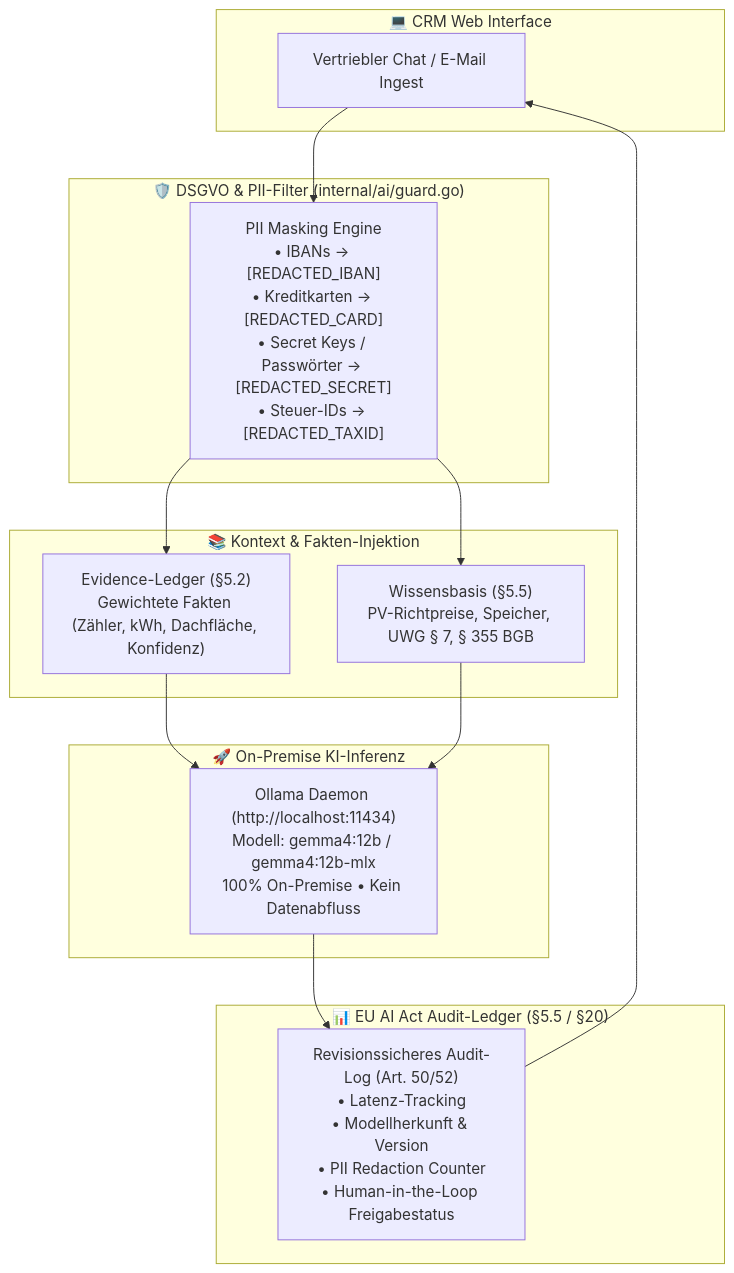
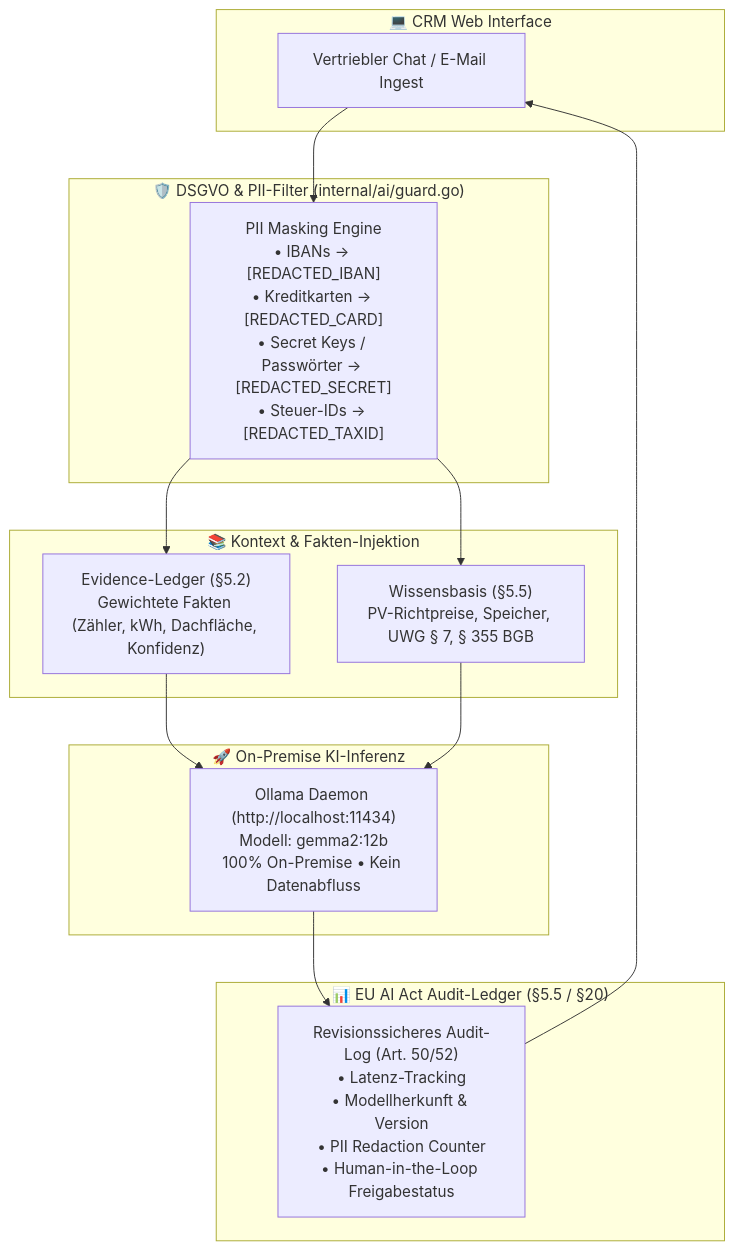
One commit to boreddev1/openlocalcrm changed the diagram in docs/AI_COPILOT_AND_COMPLIANCE.md. Above: the diagram before and after it, drawn with Mermaid. The commit also changed 33 other files, not shown here.

````diff
--- a/docs/AI_COPILOT_AND_COMPLIANCE.md
+++ b/docs/AI_COPILOT_AND_COMPLIANCE.md
@@ -9,31 +9,31 @@
 ```mermaid
 flowchart TD
     subgraph Client_Layer ["💻 CRM Web Interface"]
         UserPrompt["Vertriebler Chat / E-Mail Ingest"]
     end
 
     subgraph Prompt_Guard_Layer ["🛡️ DSGVO & PII-Filter (internal/ai/guard.go)"]
         Sanitizer["PII Masking Engine<br/>• IBANs -> [REDACTED_IBAN]<br/>• Kreditkarten -> [REDACTED_CARD]<br/>• Secret Keys / Passwörter -> [REDACTED_SECRET]<br/>• Steuer-IDs -> [REDACTED_TAXID]"]
     end
 
     subgraph RAG_and_Evidence ["📚 Kontext & Fakten-Injektion"]
         EvidenceLedger["Evidence-Ledger (§5.2)<br/>Gewichtete Fakten (Zähler, kWh, Dachfläche, Konfidenz)"]
         KnowledgeBase["Wissensbasis (§5.5)<br/>PV-Richtpreise, Speicher, UWG § 7, § 355 BGB"]
     end
 
     subgraph LLM_Inference ["🚀 On-Premise KI-Inferenz"]
-        OllamaLocal["Ollama Daemon (http://localhost:11434)<br/>Modell: gemma4:12b / gemma4:12b-mlx<br/>100% On-Premise • Kein Datenabfluss"]
+        OllamaLocal["Ollama Daemon (http://localhost:11434)<br/>Modell: gemma2:12b<br/>100% On-Premise • Kein Datenabfluss"]
     end
 
     subgraph Observability_Layer ["📊 EU AI Act Audit-Ledger (§5.5 / §20)"]
         AuditLog["Revisionssicheres Audit-Log (Art. 50/52)<br/>• Latenz-Tracking<br/>• Modellherkunft & Version<br/>• PII Redaction Counter<br/>• Human-in-the-Loop Freigabestatus"]
     end
 
     UserPrompt --> Sanitizer
     Sanitizer --> EvidenceLedger
     Sanitizer --> KnowledgeBase
     EvidenceLedger --> OllamaLocal
     KnowledgeBase --> OllamaLocal
     OllamaLocal --> AuditLog
     AuditLog --> UserPrompt
 ```
````
